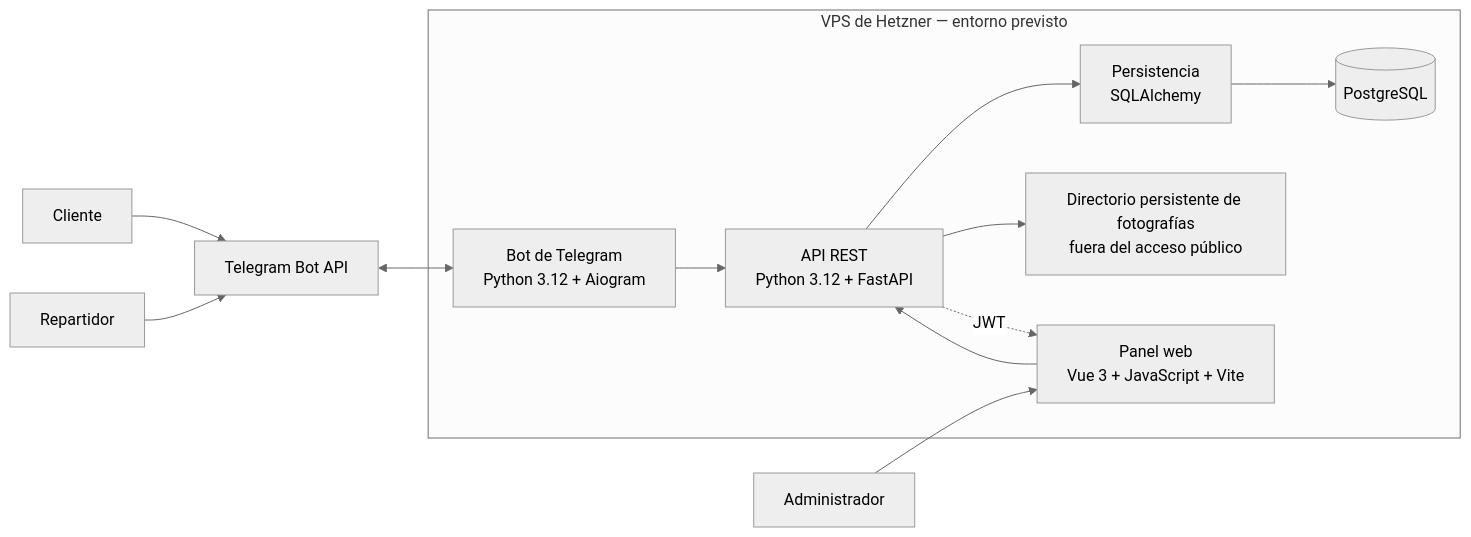
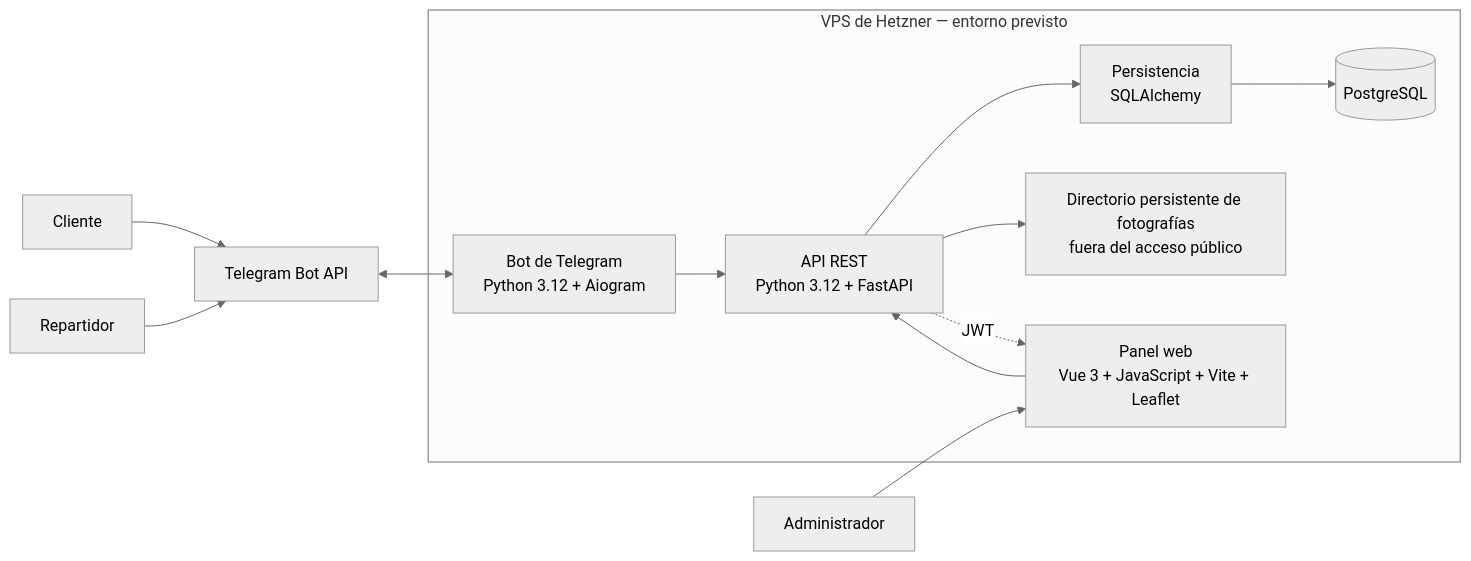
Before and after one commit to ninoskacotah/restaurante-oruro-mvp: the first of 3 diagrams in docs/diseno.md, drawn with Mermaid (neutral theme). The commit also changed other lines of this file and 2 other files, not shown here.

````diff
--- a/docs/diseno.md
+++ b/docs/diseno.md
@@ -180,24 +182,24 @@
 ```mermaid
 flowchart LR
     Cliente["Cliente"] --> Telegram["Telegram Bot API"]
     Repartidor["Repartidor"] --> Telegram
 
     subgraph VPS["VPS de Hetzner — entorno previsto"]
         Bot["Bot de Telegram<br/>Python 3.12 + Aiogram"]
         API["API REST<br/>Python 3.12 + FastAPI"]
         ORM["Persistencia<br/>SQLAlchemy"]
         DB[("PostgreSQL")]
-        Panel["Panel web<br/>Vue 3 + JavaScript + Vite"]
+        Panel["Panel web<br/>Vue 3 + JavaScript + Vite + Leaflet"]
         Archivos["Directorio persistente de fotografías<br/>fuera del acceso público"]
 
         Bot --> API
         Panel --> API
         API --> ORM
         ORM --> DB
         API --> Archivos
     end
 
     Telegram <--> Bot
     Administrador["Administrador"] --> Panel
     API -. "JWT" .-> Panel
 ```
````
